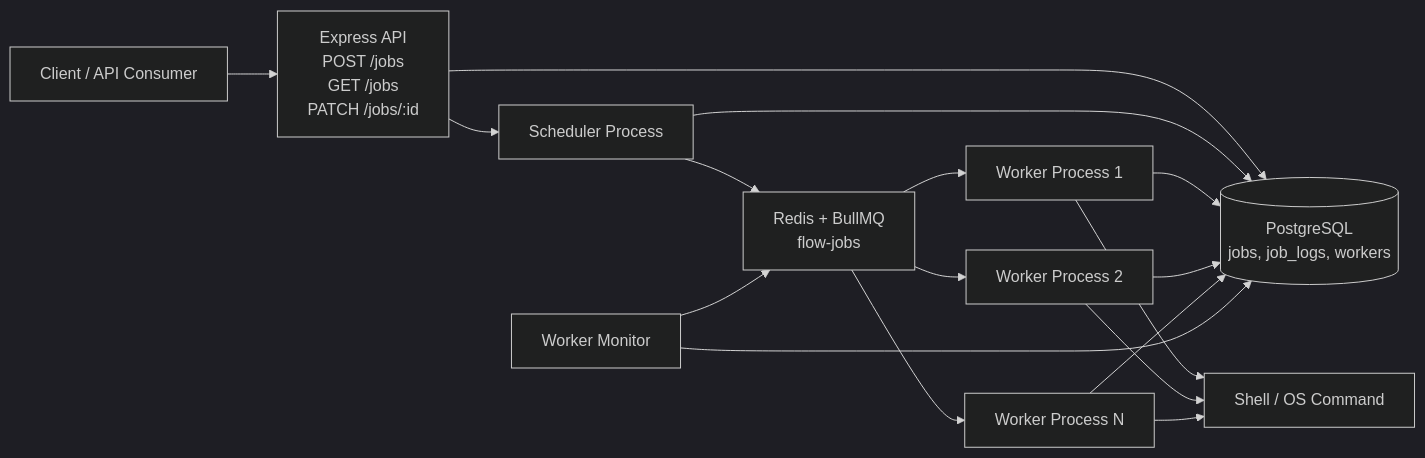
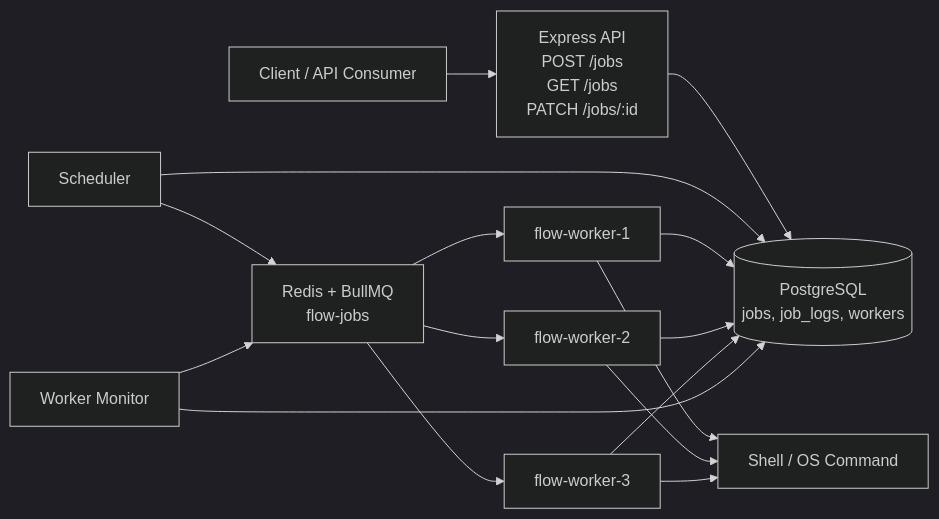
The first of 6 diagrams in README.md (kanupriya-sharma19/FLOW), drawn with Mermaid (dark theme) before and after one commit. The commit also changed other lines of this file and 2 other files, not shown here.

Commit message:
Enhance .gitignore and README; add health checks and multiple worker services in docker-compose

````diff
--- a/README.md
+++ b/README.md
@@ -40,19 +40,18 @@
 ```mermaid
 flowchart LR
     Client[Client / API Consumer] --> API[Express API\nPOST /jobs\nGET /jobs\nPATCH /jobs/:id]
     API --> PG[(PostgreSQL\njobs, job_logs, workers)]
-    API --> Scheduler[Scheduler Process]
     Scheduler --> PG
     Scheduler --> Queue[Redis + BullMQ\nflow-jobs]
-    Queue --> Worker1[Worker Process 1]
-    Queue --> Worker2[Worker Process 2]
-    Queue --> WorkerN[Worker Process N]
+    Queue --> Worker1[flow-worker-1]
+    Queue --> Worker2[flow-worker-2]
+    Queue --> Worker3[flow-worker-3]
     Worker1 --> OS[Shell / OS Command]
     Worker2 --> OS
-    WorkerN --> OS
+    Worker3 --> OS
     Worker1 --> PG
     Worker2 --> PG
-    WorkerN --> PG
+    Worker3 --> PG
     Monitor[Worker Monitor] --> PG
     Monitor --> Queue
 ```
````
